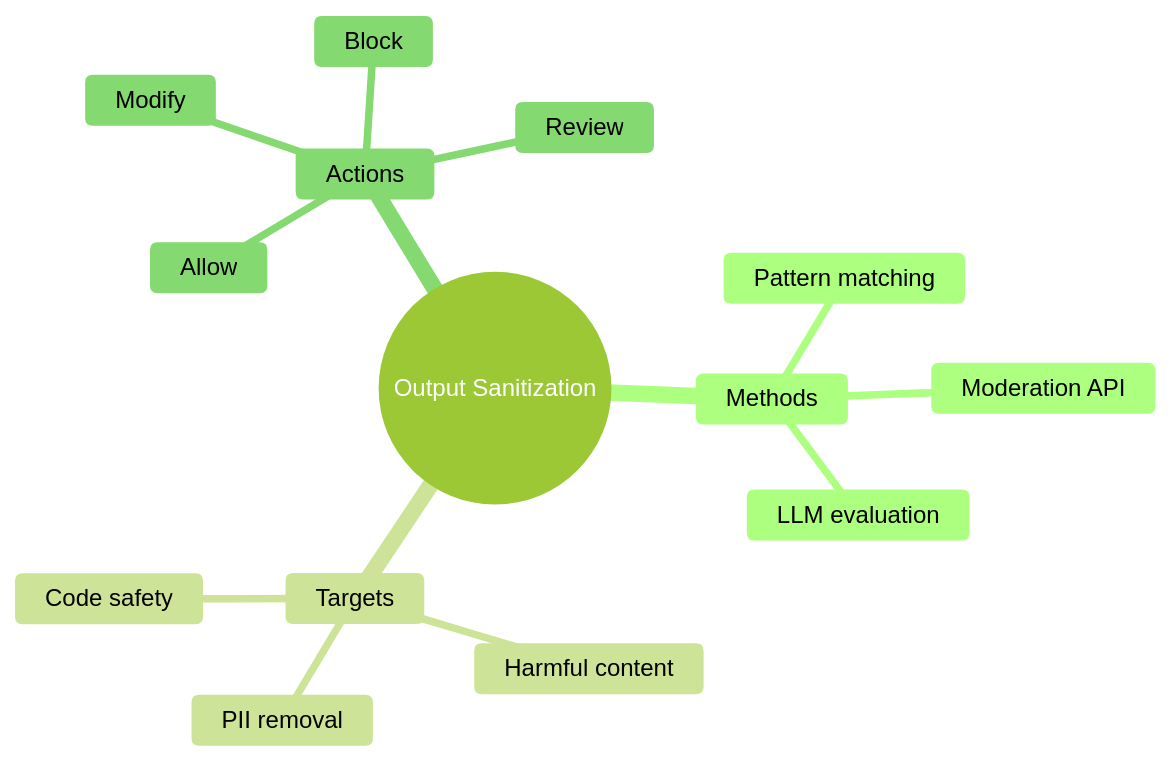
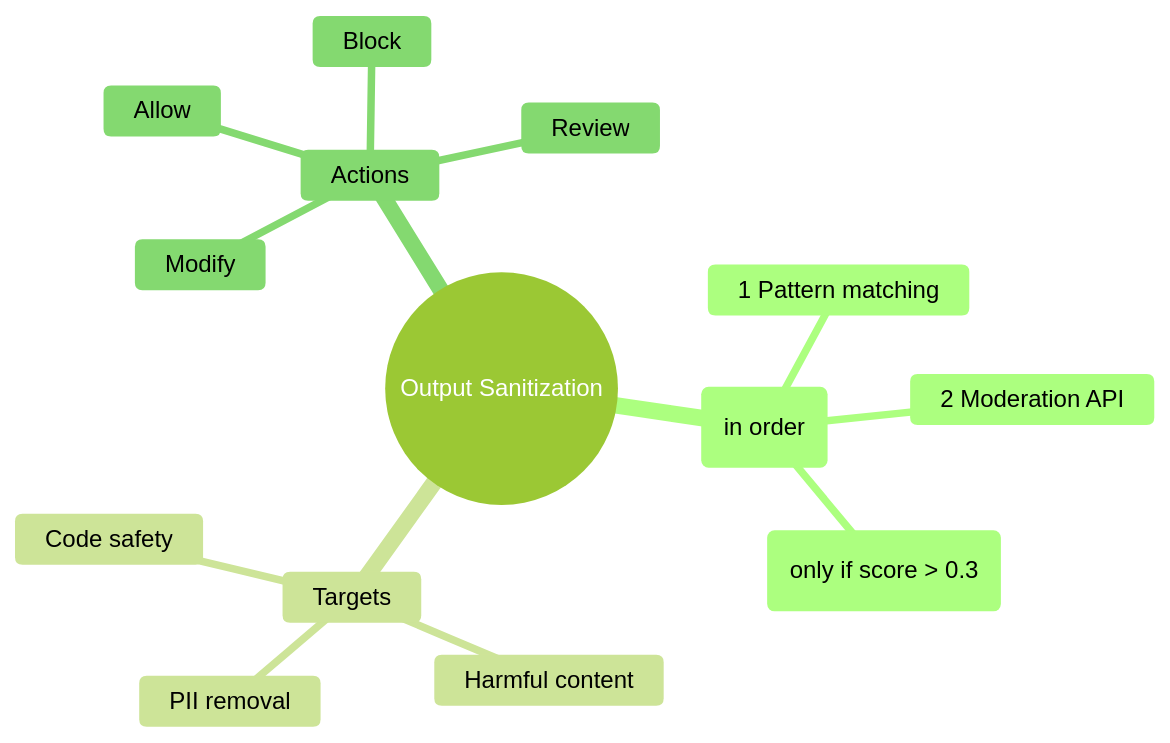
The second of 2 diagrams in Phase_5_Evaluation_and_Security/Day_063_output_sanitization/output_sanitization.md (akshkr/akashnotes), drawn with Mermaid (forest theme) before and after one commit. The commit also changed other lines of this file and 95 other files, not shown here.

````diff
--- a/Phase_5_Evaluation_and_Security/Day_063_output_sanitization/output_sanitization.md
+++ b/Phase_5_Evaluation_and_Security/Day_063_output_sanitization/output_sanitization.md
@@ -435,17 +448,17 @@
 ```mermaid
 mindmap
   root((Output Sanitization))
-    Methods
-      Pattern matching
-      Moderation API
-      LLM evaluation
+    Layers (in order)
+      1 Pattern matching
+      2 Moderation API
+      3 LLM evaluation (only if score > 0.3)
     Targets
       PII removal
       Harmful content
       Code safety
     Actions
       Allow
       Modify
       Block
       Review
 ```
````
